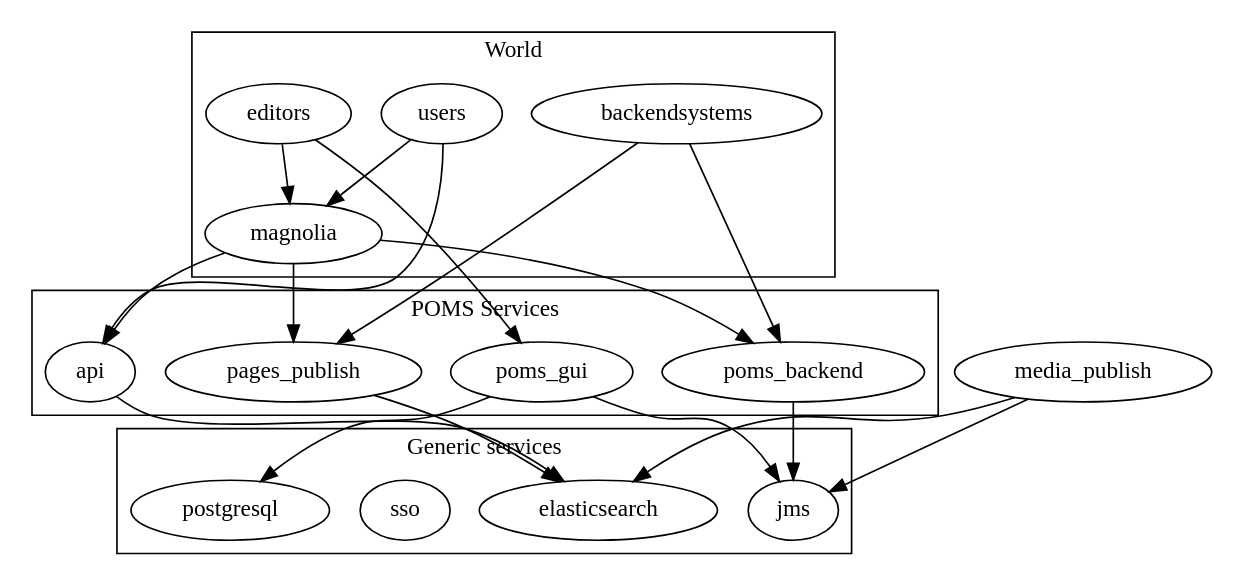
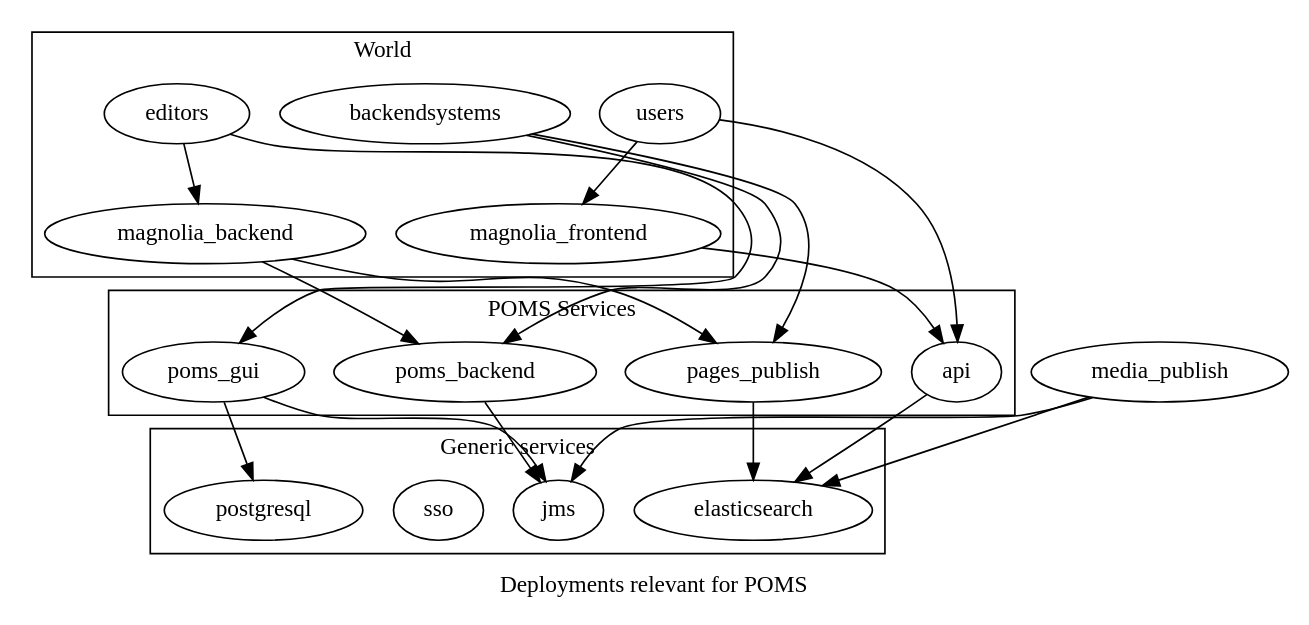
One commit to npo-poms/poms-parent changed the diagram in poms-deployment.dot. Above: the diagram before and after it, drawn with Graphviz. The commit also changed 3 other files, not shown here.

```diff
--- a/poms-deployment.dot
+++ b/poms-deployment.dot
@@ -1,43 +1,45 @@
 digraph {
 
-
+    label="Deployments relevant for POMS";
     subgraph cluster_0  {
         label="Generic services";
         postgresql; elasticsearch; sso; jms;
     }
 
     subgraph cluster_1  {
         label="VPRO";
-        magnolia;
+        magnolia_frontend; magnolia_backend;
     }
 
     subgraph cluster_1  {
         label="World";
         users; backendsystems; editors;
     }
     subgraph cluster_3  {
         label="POMS Services";
         poms_gui; poms_backend; pages_publish; api;
     }
 
 
-   editors -> {magnolia poms_gui}
-   users -> {magnolia api}
+   editors -> {magnolia_backend poms_gui}
+   users -> {magnolia_frontend api}
    backendsystems -> {poms_backend  pages_publish}
 
 
     poms_gui -> { postgresql  jms }
 
     poms_backend -> { jms }
 
     api -> { elasticsearch }
 
     pages_publish -> { elasticsearch }
 
     media_publish -> { elasticsearch jms }
 
 
-    magnolia -> { api poms_backend pages_publish };
+    magnolia_backend -> { poms_backend pages_publish };
+
+    magnolia_frontend -> { api  };
 
 
 }
```
